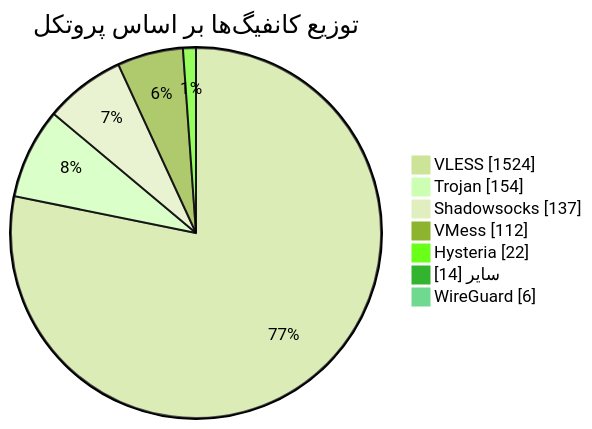
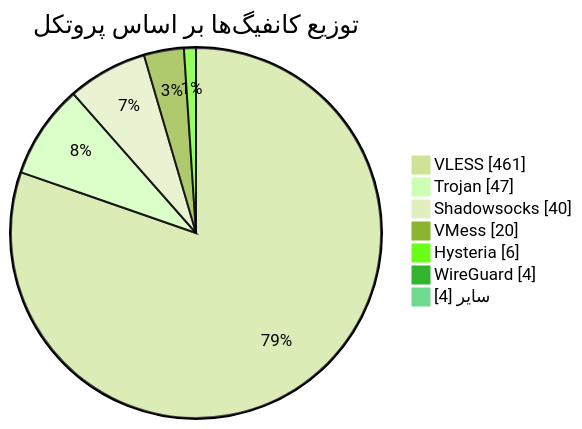
One commit to Arian-Alijani/Somthing changed the diagram in README.md. Above: the diagram before and after it, drawn with Mermaid (forest theme). The commit also changed other lines of this file and 21 other files, not shown here.

````diff
--- a/README.md
+++ b/README.md
@@ -49,11 +49,11 @@
 ```mermaid
 pie showData
     title توزیع کانفیگ‌ها بر اساس پروتکل
-    "VLESS" : 1524
-    "Trojan" : 154
-    "Shadowsocks" : 137
-    "VMess" : 112
-    "Hysteria" : 22
-    "سایر" : 14
-    "WireGuard" : 6
+    "VLESS" : 461
+    "Trojan" : 47
+    "Shadowsocks" : 40
+    "VMess" : 20
+    "Hysteria" : 6
+    "WireGuard" : 4
+    "سایر" : 4
 ```
````
